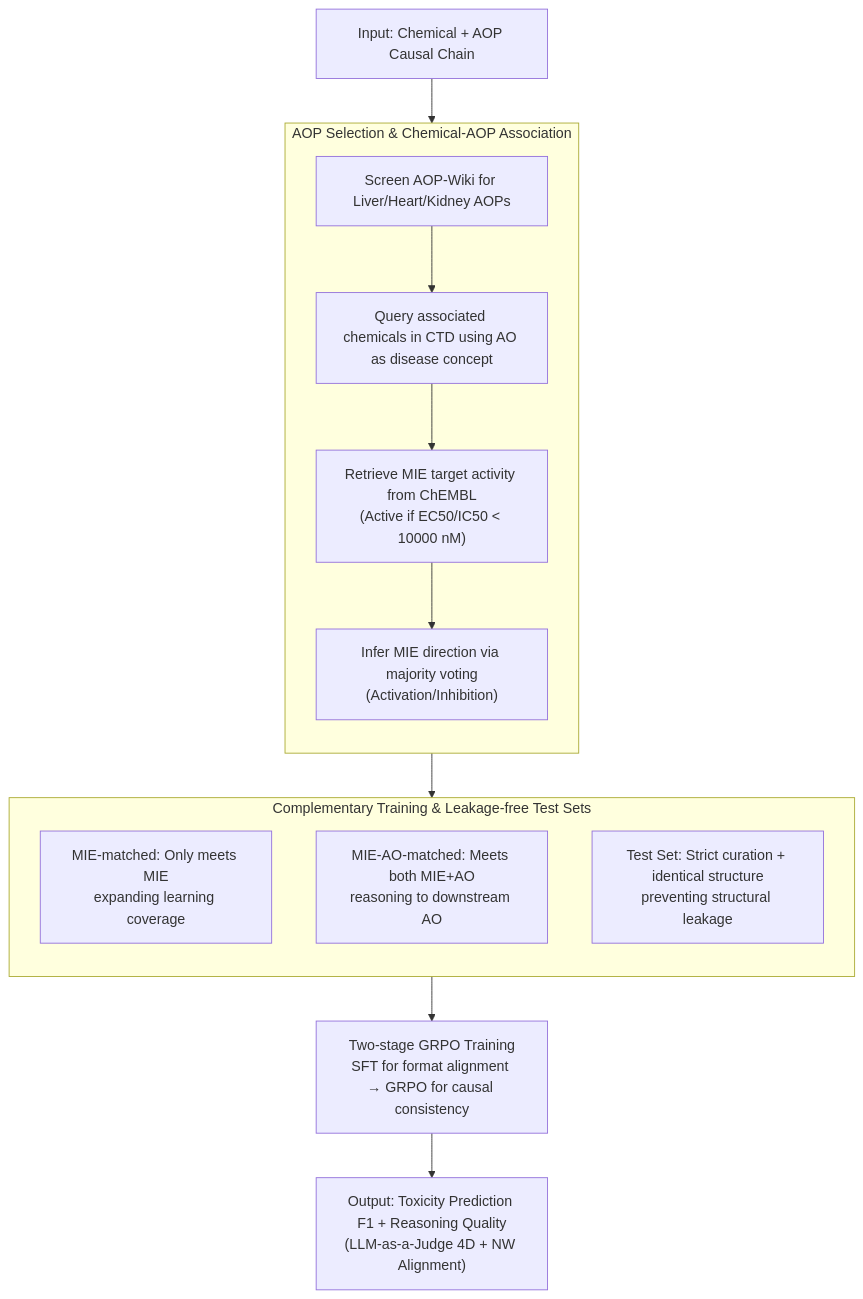
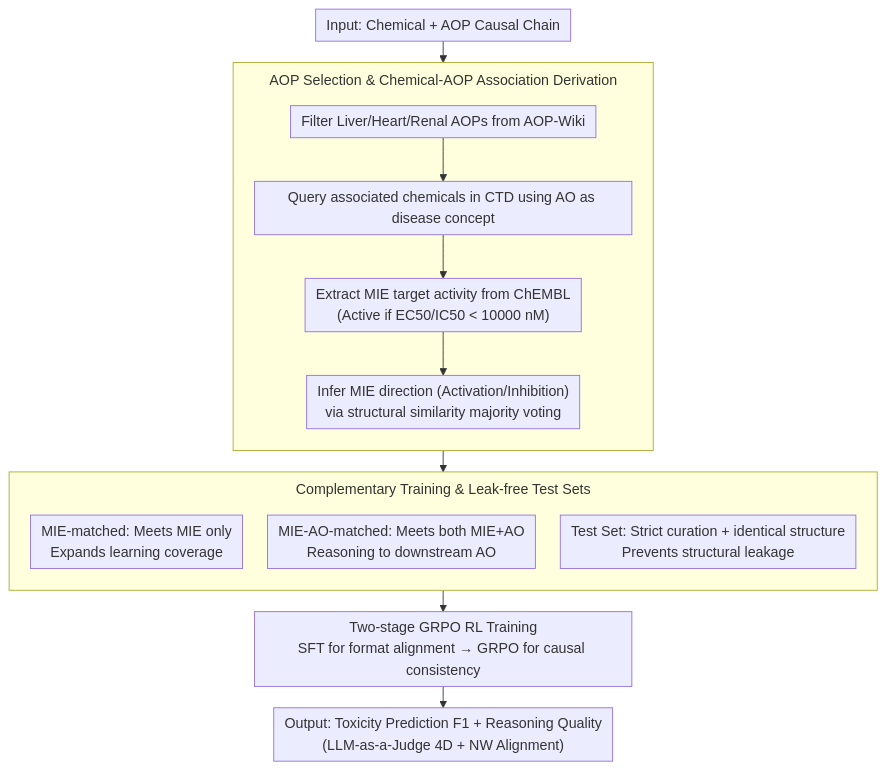
Before and after one commit to zhaoyang97/Paper-Notes-en: the diagram in docs/ACL2026/computational_biology/toxreason_a_benchmark_for_mechanistic_chemical_toxicity_reasoning_via_adverse_ou.md, drawn with Mermaid. The commit also changed other lines of this file and 5084 other files, not shown here.

````diff
--- a/docs/ACL2026/computational_biology/toxreason_a_benchmark_for_mechanistic_chemical_toxicity_reasoning_via_adverse_ou.md
+++ b/docs/ACL2026/computational_biology/toxreason_a_benchmark_for_mechanistic_chemical_toxicity_reasoning_via_adverse_ou.md
@@ -45,19 +45,20 @@
 ```mermaid
-graph TD
+%%{init: {'flowchart': {'rankSpacing': 24, 'nodeSpacing': 28, 'padding': 6, 'wrappingWidth': 400, 'subGraphTitleMargin': {'top': 8, 'bottom': 16}}}}%%
+flowchart TD
     A["Input: Chemical + AOP Causal Chain"] --> S1
-    subgraph S1["AOP Selection & Chemical-AOP Association"]
+    subgraph S1["AOP Selection & Chemical-AOP Association Derivation"]
         direction TB
-        B["Screen AOP-Wiki for Liver/Heart/Kidney AOPs"] --> C["Query associated chemicals in CTD using AO as disease concept"]
-        C --> D["Retrieve MIE target activity from ChEMBL<br/>(Active if EC50/IC50 < 10000 nM)"]
-        D --> E["Infer MIE direction via majority voting<br/>(Activation/Inhibition)"]
+        B["Filter Liver/Heart/Renal AOPs from AOP-Wiki"] --> C["Query associated chemicals in CTD using AO as disease concept"]
+        C --> D["Extract MIE target activity from ChEMBL<br/>(Active if EC50/IC50 < 10000 nM)"]
+        D --> E["Infer MIE direction (Activation/Inhibition)<br/>via structural similarity majority voting"]
     end
     S1 --> F
-    subgraph F["Complementary Training & Leakage-free Test Sets"]
+    subgraph F["Complementary Training & Leak-free Test Sets"]
         direction TB
-        G["MIE-matched: Only meets MIE<br/>expanding learning coverage"]
-        H["MIE-AO-matched: Meets both MIE+AO<br/>reasoning to downstream AO"]
-        I["Test Set: Strict curation + identical structure<br/>preventing structural leakage"]
+        G["MIE-matched: Meets MIE only<br/>Expands learning coverage"]
+        H["MIE-AO-matched: Meets both MIE+AO<br/>Reasoning to downstream AO"]
+        I["Test Set: Strict curation + identical structure<br/>Prevents structural leakage"]
     end
-    F --> J["Two-stage GRPO Training<br/>SFT for format alignment → GRPO for causal consistency"]
+    F --> J["Two-stage GRPO RL Training<br/>SFT for format alignment → GRPO for causal consistency"]
     J --> K["Output: Toxicity Prediction F1 + Reasoning Quality<br/>(LLM-as-a-Judge 4D + NW Alignment)"]
 ```
````
